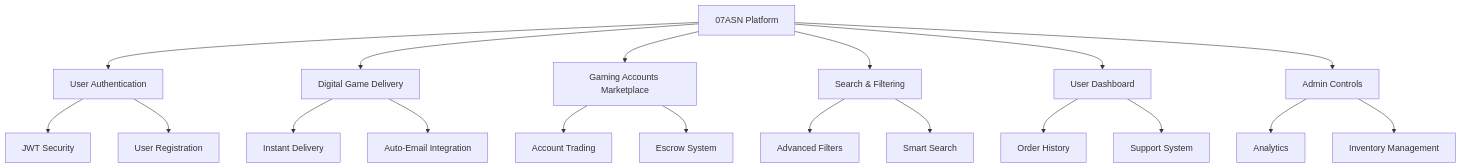
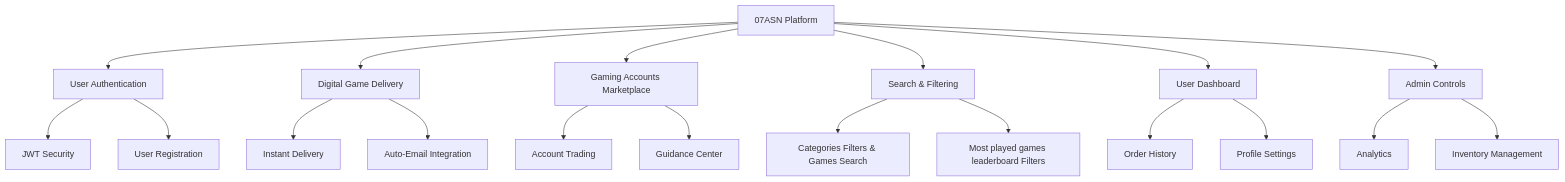
The diagram in README.md (07asn/GamesStore-System), drawn with Mermaid before and after one commit. The commit also changed other lines of this file, not shown here.

````diff
--- a/README.md
+++ b/README.md
@@ -91,27 +91,27 @@
   ```mermaid
   graph TD
     A[07ASN Platform] --> B[User Authentication]
     A --> C[Digital Game Delivery]
     A --> D[Gaming Accounts Marketplace]
     A --> E[Search & Filtering]
     A --> F[User Dashboard]
     A --> G[Admin Controls]
     
     B --> B1[JWT Security]
     B --> B2[User Registration]
     
     C --> C1[Instant Delivery]
     C --> C2[Auto-Email Integration]
     
     D --> D1[Account Trading]
-    D --> D2[Escrow System]
+    D --> D2[Guidance Center]
     
-    E --> E1[Advanced Filters]
-    E --> E2[Smart Search]
+    E --> E1[Categories Filters & Games Search]
+    E --> E2[Most played games leaderboard Filters]
     
     F --> F1[Order History]
-    F --> F2[Support System]
+    F --> F2[Profile Settings]
     
     G --> G1[Analytics]
     G --> G2[Inventory Management]
   ```
````
